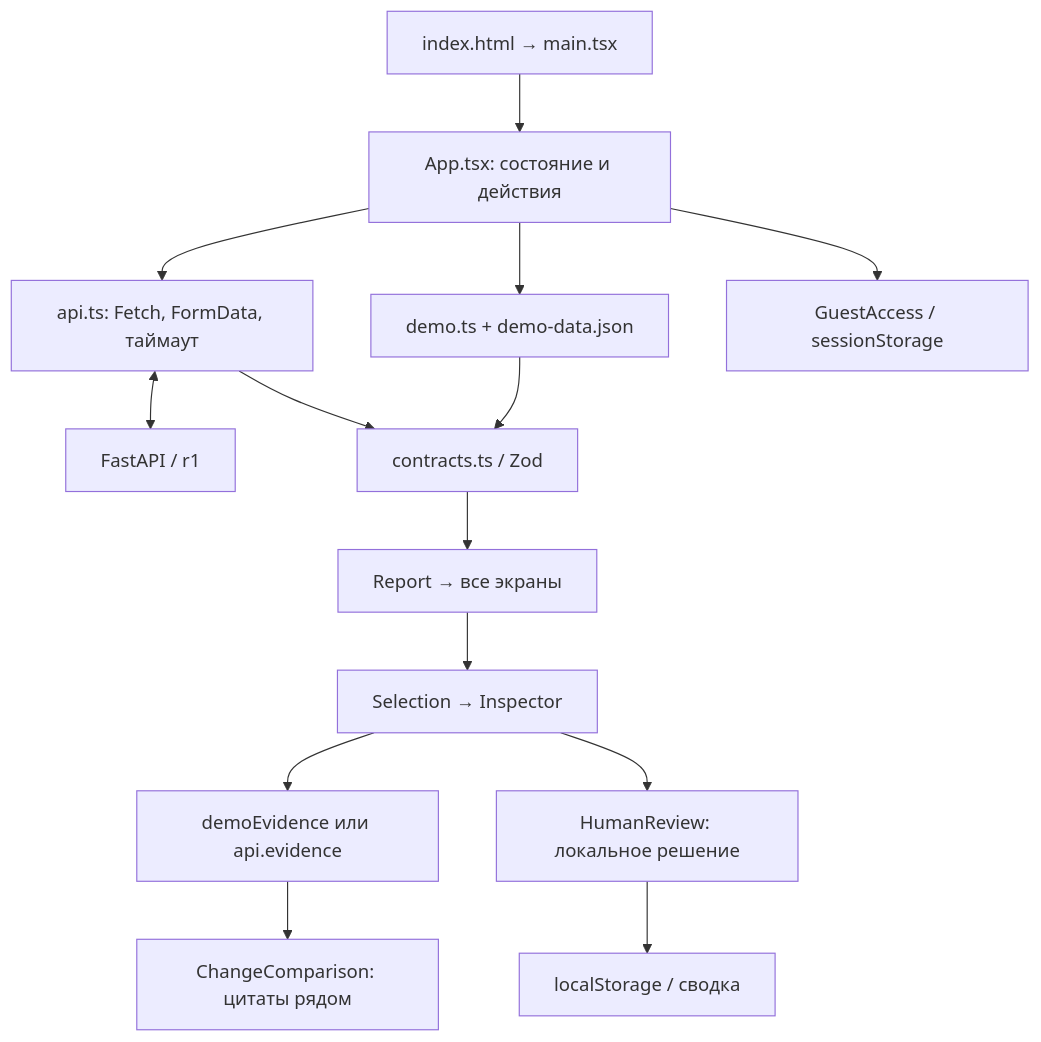
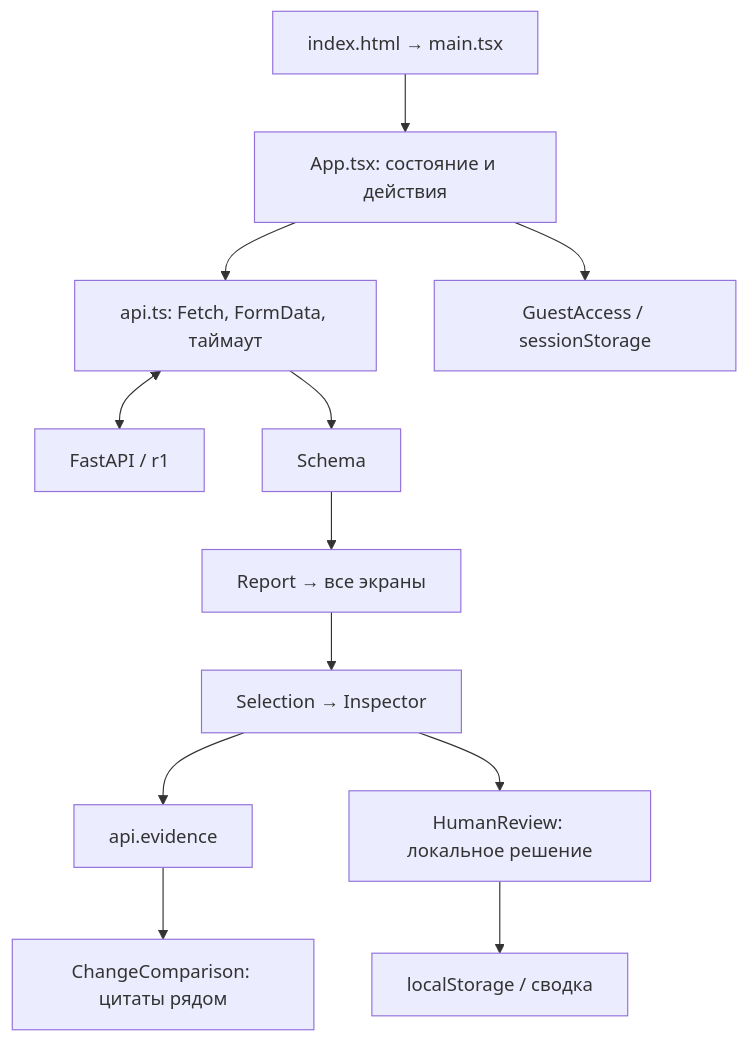
The diagram in frontend/README.md (BAITC-Hacks/hack-1086dac4-amazing-guys), drawn with Mermaid before and after one commit. The commit also changed other lines of this file and 17 other files, not shown here.

````diff
--- a/frontend/README.md
+++ b/frontend/README.md
@@ -174,16 +164,14 @@
 ```mermaid
 flowchart TD
     Entry["index.html → main.tsx"] --> App["App.tsx: состояние и действия"]
-    App --> Demo["demo.ts + demo-data.json"]
     App --> API["api.ts: Fetch, FormData, таймаут"]
     API <--> Server["FastAPI / r1"]
-    Demo --> Schema["contracts.ts / Zod"]
     API --> Schema
     Schema --> Report["Report → все экраны"]
     Report --> Inspector["Selection → Inspector"]
-    Inspector --> Evidence["demoEvidence или api.evidence"]
+    Inspector --> Evidence["api.evidence"]
     Evidence --> Compare["ChangeComparison: цитаты рядом"]
     Inspector --> Review["HumanReview: локальное решение"]
     Review --> Storage["localStorage / сводка"]
     App --> Guest["GuestAccess / sessionStorage"]
 ```
````
